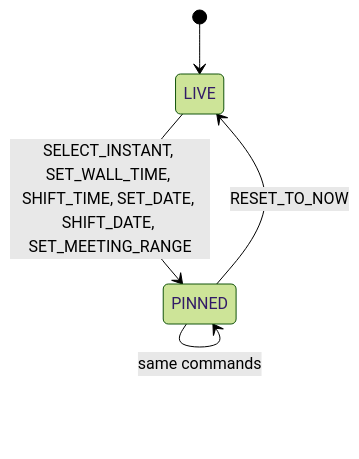
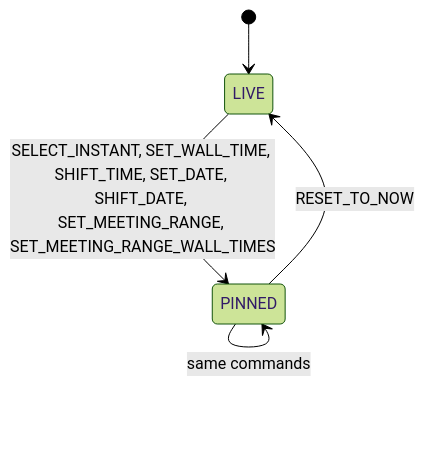
One commit to oinsio/time-zones changed the second of 2 diagrams in docs/architecture/domain-model.md. Above: the diagram before and after it, drawn with Mermaid (forest theme). The commit also changed other lines of this file and 91 other files, not shown here.

First line of the commit message:
Lock grid row controls in meeting range mode, add range input, fix layering (#113)

````diff
--- a/docs/architecture/domain-model.md
+++ b/docs/architecture/domain-model.md
@@ -88,7 +89,7 @@
 ```mermaid
 stateDiagram-v2
     [*] --> LIVE
-    LIVE --> PINNED: SELECT_INSTANT, SET_WALL_TIME, SHIFT_TIME, SET_DATE, SHIFT_DATE, SET_MEETING_RANGE
+    LIVE --> PINNED: SELECT_INSTANT, SET_WALL_TIME, SHIFT_TIME, SET_DATE, SHIFT_DATE, SET_MEETING_RANGE, SET_MEETING_RANGE_WALL_TIMES
     PINNED --> PINNED: same commands
     PINNED --> LIVE: RESET_TO_NOW
 ```
````
